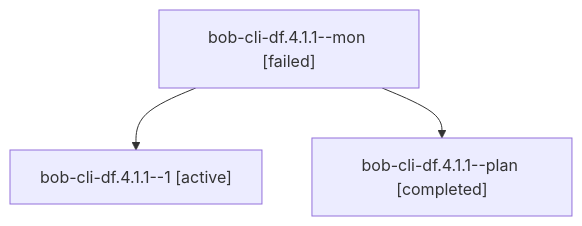
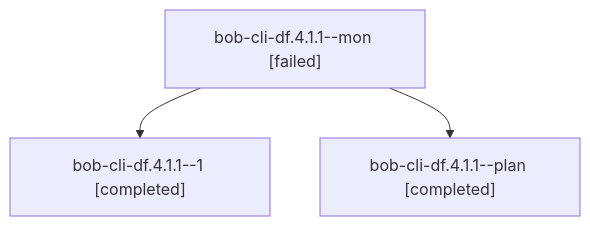
The diagram in sessions/bbugyi200.athena.bob-cli-df.4.1.1.md (bobs-org/bob-cli--agents), drawn with Mermaid before and after one commit. The commit also changed other lines of this file and 60 other files, not shown here.

````diff
--- a/sessions/bbugyi200.athena.bob-cli-df.4.1.1.md
+++ b/sessions/bbugyi200.athena.bob-cli-df.4.1.1.md
@@ -9,8 +9,8 @@
 ```mermaid
 flowchart TD
   n0["bob-cli-df.4.1.1--mon [failed]"]
-  n1["bob-cli-df.4.1.1--1 [active]"]
+  n1["bob-cli-df.4.1.1--1 [completed]"]
   n0 --> n1
   n2["bob-cli-df.4.1.1--plan [completed]"]
   n0 --> n2
 ```
````
